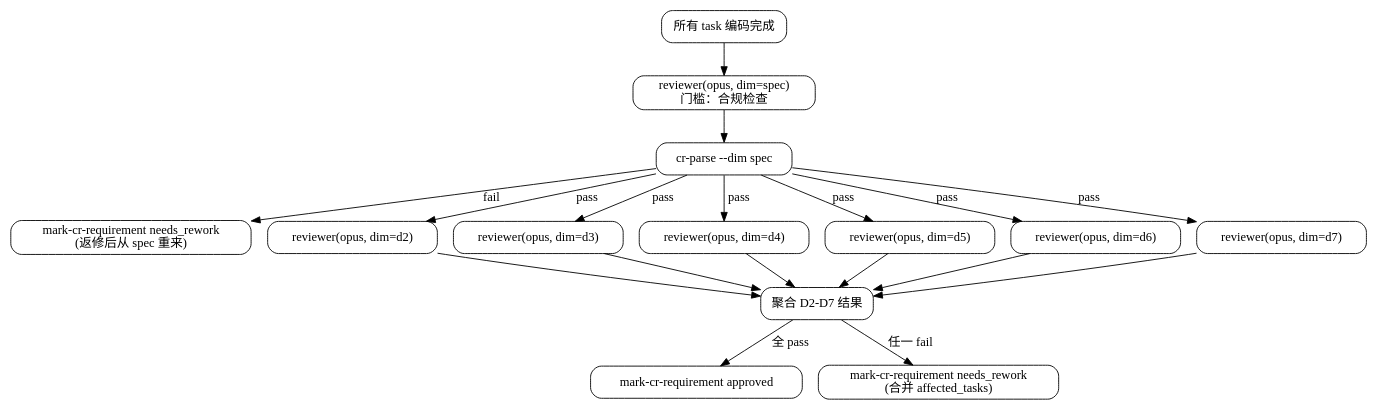
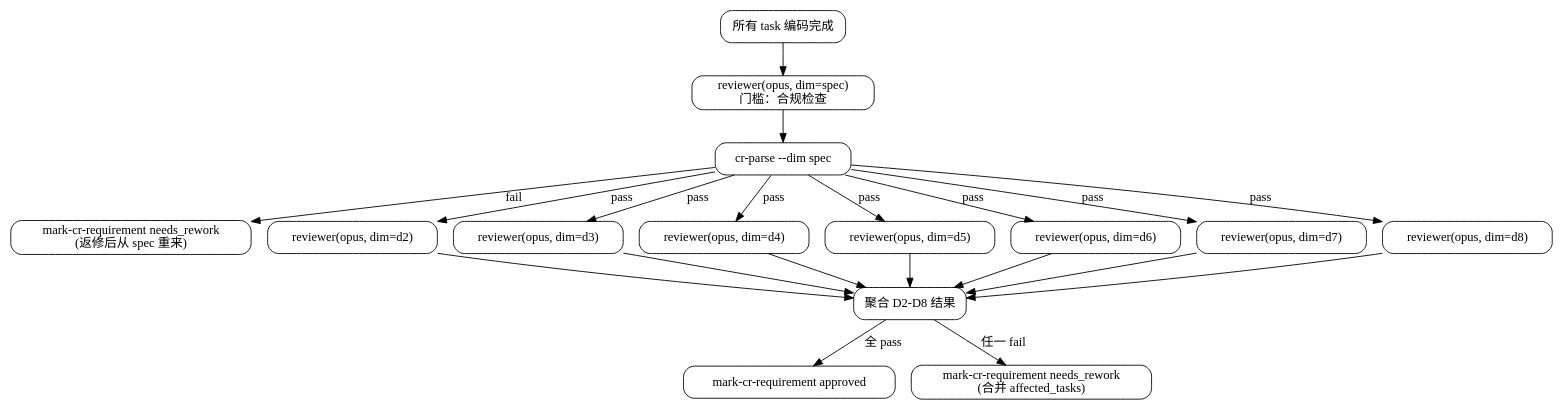
One commit to Jxin-Cai/chisel changed the diagram in skills/chisel-review/SKILL.md. Above: the diagram before and after it, drawn with Graphviz. The commit also changed other lines of this file and 13 other files, not shown here.

````diff
--- a/skills/chisel-review/SKILL.md
+++ b/skills/chisel-review/SKILL.md
@@ -45,35 +46,38 @@
 ```dot
 digraph review_flow {
   rankdir=TB; node [shape=box, style=rounded];
   all_coded [label="所有 task 编码完成"];
   spec [label="reviewer(opus, dim=spec)\n门槛：合规检查"];
   spec_parse [label="cr-parse --dim spec"];
   spec_fail [label="mark-cr-requirement needs_rework\n(返修后从 spec 重来)"];
   d2 [label="reviewer(opus, dim=d2)"];
   d3 [label="reviewer(opus, dim=d3)"];
   d4 [label="reviewer(opus, dim=d4)"];
   d5 [label="reviewer(opus, dim=d5)"];
   d6 [label="reviewer(opus, dim=d6)"];
   d7 [label="reviewer(opus, dim=d7)"];
-  aggregate [label="聚合 D2-D7 结果"];
+  d8 [label="reviewer(opus, dim=d8)"];
+  aggregate [label="聚合 D2-D8 结果"];
   approved [label="mark-cr-requirement approved"];
   rework [label="mark-cr-requirement needs_rework\n(合并 affected_tasks)"];
 
   all_coded -> spec -> spec_parse;
   spec_parse -> spec_fail [label="fail"];
   spec_parse -> d2 [label="pass"];
   spec_parse -> d3 [label="pass"];
   spec_parse -> d4 [label="pass"];
   spec_parse -> d5 [label="pass"];
   spec_parse -> d6 [label="pass"];
   spec_parse -> d7 [label="pass"];
+  spec_parse -> d8 [label="pass"];
   d2 -> aggregate;
   d3 -> aggregate;
   d4 -> aggregate;
   d5 -> aggregate;
   d6 -> aggregate;
   d7 -> aggregate;
+  d8 -> aggregate;
   aggregate -> approved [label="全 pass"];
   aggregate -> rework [label="任一 fail"];
 }
 ```
````
